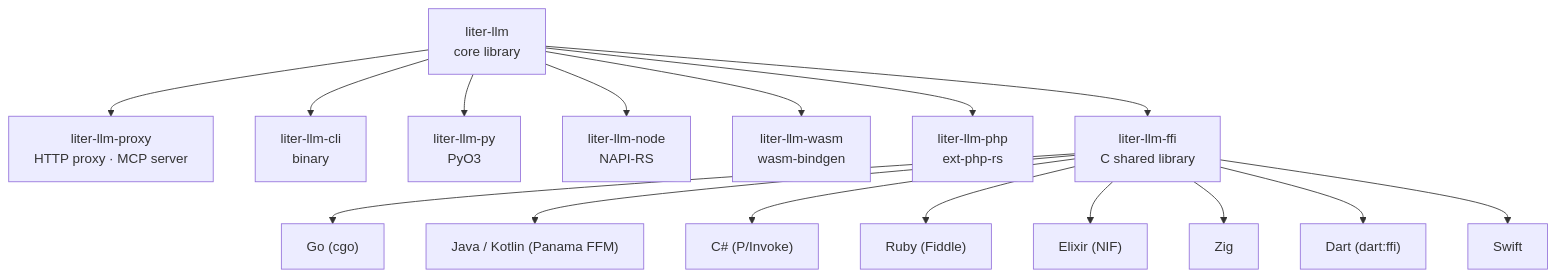
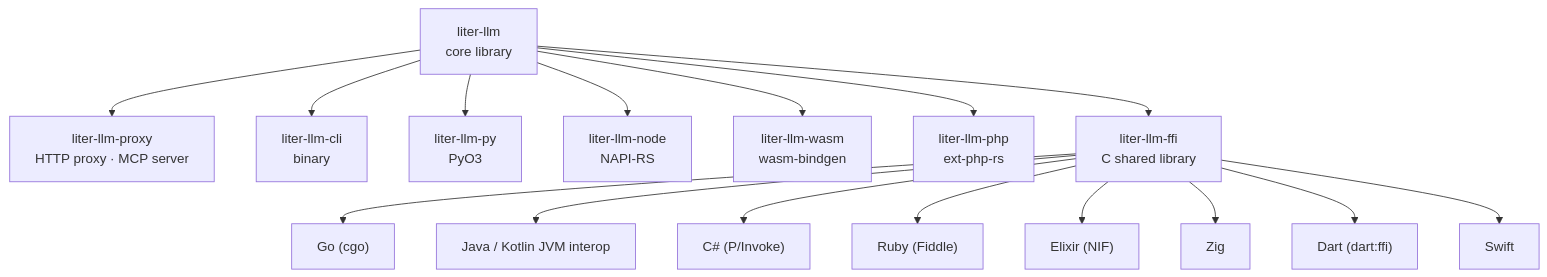
Before and after one commit to xberg-io/liter-llm: the first of 3 diagrams in docs/concepts/architecture.md, drawn with Mermaid. The commit also changed other lines of this file and 28 other files, not shown here.

````diff
--- a/docs/concepts/architecture.md
+++ b/docs/concepts/architecture.md
@@ -11,21 +11,21 @@
 ```mermaid
 graph TB
     CORE["liter-llm\ncore library"]
 
     CORE --> PROXY["liter-llm-proxy\nHTTP proxy · MCP server"]
     CORE --> CLI["liter-llm-cli\nbinary"]
     CORE --> PY["liter-llm-py\nPyO3"]
     CORE --> NODE["liter-llm-node\nNAPI-RS"]
     CORE --> WASM["liter-llm-wasm\nwasm-bindgen"]
     CORE --> PHP["liter-llm-php\next-php-rs"]
     CORE --> FFI["liter-llm-ffi\nC shared library"]
 
     FFI --> GO["Go (cgo)"]
-    FFI --> JAVA["Java / Kotlin (Panama FFM)"]
+    FFI --> JAVA["Java / Kotlin JVM interop"]
     FFI --> CS["C# (P/Invoke)"]
     FFI --> RB["Ruby (Fiddle)"]
     FFI --> EX["Elixir (NIF)"]
     FFI --> ZIG["Zig"]
     FFI --> DART["Dart (dart:ffi)"]
     FFI --> SWIFT["Swift"]
 ```
````
